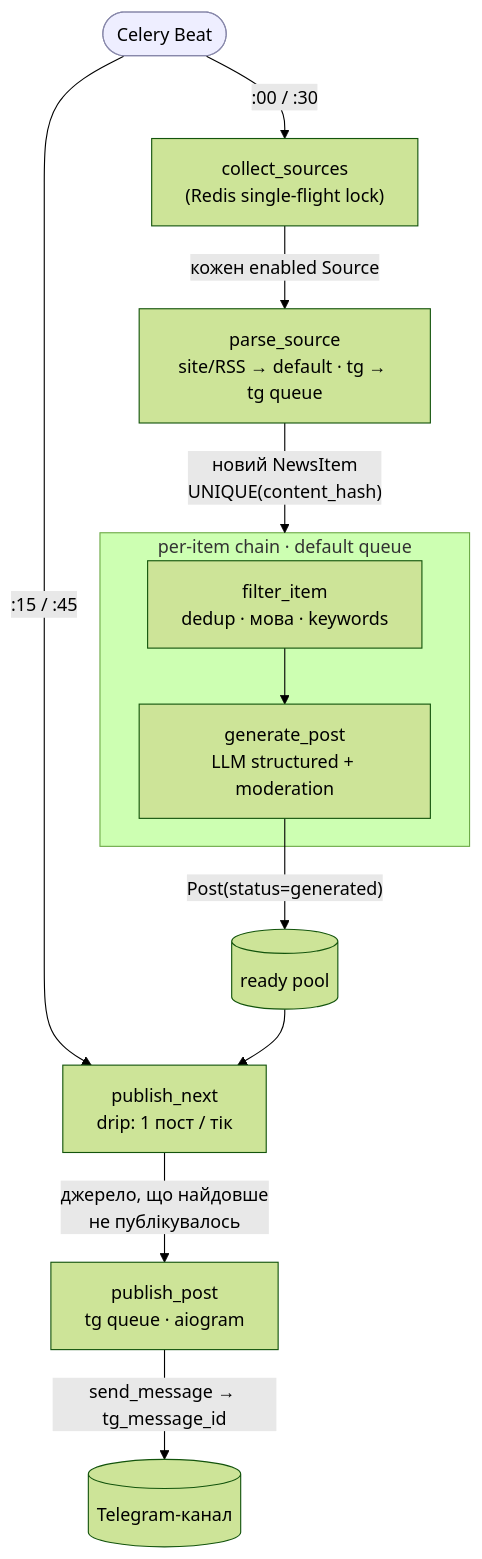
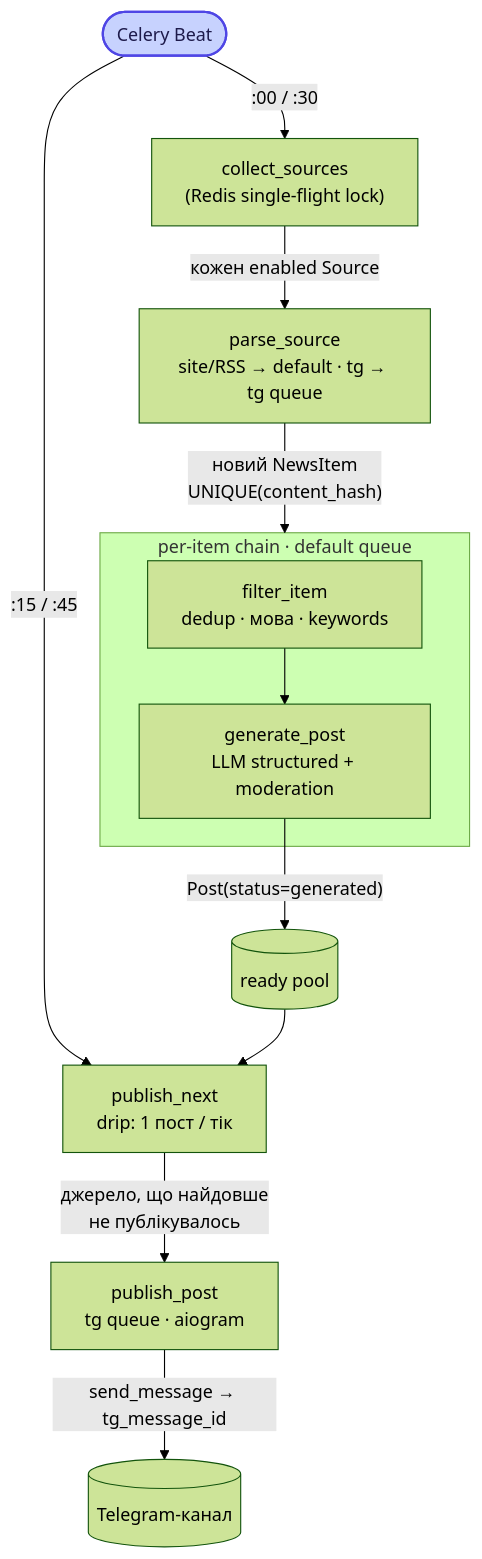
Before and after one commit to semtexfromua/ai-post-bot: the diagram in README.uk.md, drawn with Mermaid (forest theme). The commit also changed 1 other file, not shown here.

Commit message:
docs(readme): fix unreadable Celery Beat node in mermaid diagram
The infra classDef set only fill, leaving text color theme-dependent;
on GitHub dark mode the light text blended into the light fill. Set an
explicit dark text color (theme-independent) with a higher-contrast
fill/stroke.

````diff
--- a/README.uk.md
+++ b/README.uk.md
@@ -46,20 +46,20 @@
 ```mermaid
 flowchart TD
     Beat([Celery Beat]):::infra
     Beat -->|":00 / :30"| Collect["collect_sources<br/>(Redis single-flight lock)"]
     Beat -->|":15 / :45"| Drip["publish_next<br/>drip: 1 пост / тік"]
 
     Collect -->|"кожен enabled Source"| Parse["parse_source<br/>site/RSS → default · tg → tg queue"]
     Parse -->|"новий NewsItem<br/>UNIQUE(content_hash)"| Chain
 
     subgraph Chain["per-item chain · default queue"]
       Filter["filter_item<br/>dedup · мова · keywords"] --> Gen["generate_post<br/>LLM structured + moderation"]
     end
 
     Gen -->|"Post(status=generated)"| Pool[("ready pool")]
     Pool --> Drip
     Drip -->|"джерело, що найдовше<br/>не публікувалось"| Pub["publish_post<br/>tg queue · aiogram"]
     Pub -->|"send_message → tg_message_id"| Channel[("Telegram-канал")]
 
-    classDef infra fill:#eef,stroke:#88a;
+    classDef infra fill:#c7d2fe,stroke:#4f46e5,color:#1e1b4b,stroke-width:2px;
 ```
````
